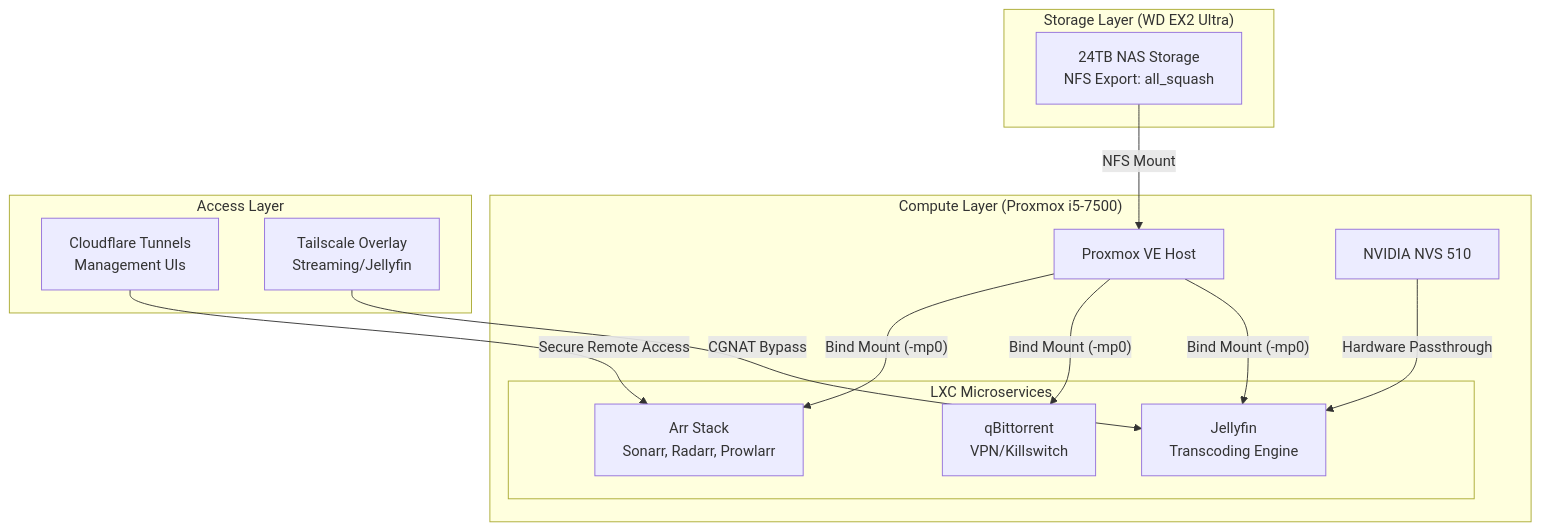
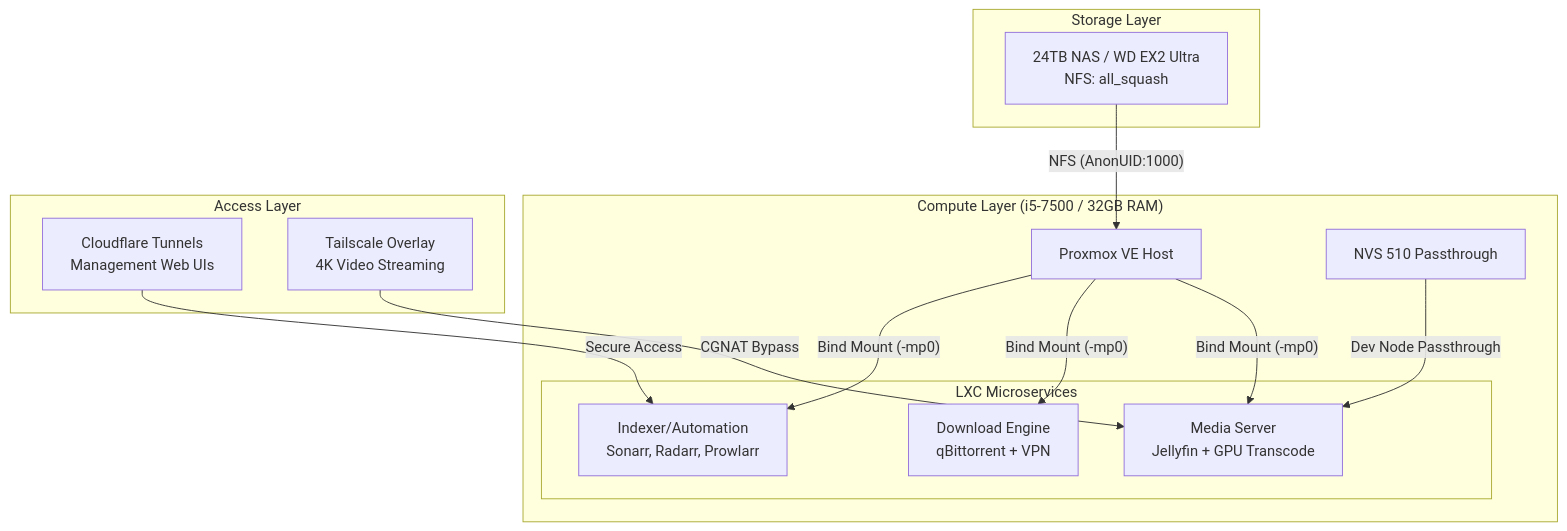
The diagram in README.md (AmmarTee/ArrSuite-Guide), drawn with Mermaid before and after one commit. The commit also changed other lines of this file, not shown here.

````diff
--- a/README.md
+++ b/README.md
@@ -26,31 +33,31 @@
 ```mermaid
 graph TD
-    subgraph "Storage Layer (WD EX2 Ultra)"
-        NAS[24TB NAS Storage<br/>NFS Export: all_squash]
+    subgraph "Storage Layer"
+        NAS[24TB NAS / WD EX2 Ultra<br/>NFS: all_squash]
     end
 
-    subgraph "Compute Layer (Proxmox i5-7500)"
+    subgraph "Compute Layer (i5-7500 / 32GB RAM)"
         PVE[Proxmox VE Host]
-        GPU[NVIDIA NVS 510]
+        GPU[NVS 510 Passthrough]
         
         subgraph "LXC Microservices"
-            Arr[Arr Stack<br/>Sonarr, Radarr, Prowlarr]
-            QBT[qBittorrent<br/>VPN/Killswitch]
-            JF[Jellyfin<br/>Transcoding Engine]
+            Arr[Indexer/Automation<br/>Sonarr, Radarr, Prowlarr]
+            QBT[Download Engine<br/>qBittorrent + VPN]
+            JF[Media Server<br/>Jellyfin + GPU Transcode]
         end
     end
 
     subgraph "Access Layer"
-        CF[Cloudflare Tunnels<br/>Management UIs]
-        TS[Tailscale Overlay<br/>Streaming/Jellyfin]
+        CF[Cloudflare Tunnels<br/>Management Web UIs]
+        TS[Tailscale Overlay<br/>4K Video Streaming]
     end
 
-    NAS -- "NFS Mount" --> PVE
+    NAS -- "NFS (AnonUID:1000)" --> PVE
     PVE -- "Bind Mount (-mp0)" --> Arr
     PVE -- "Bind Mount (-mp0)" --> QBT
     PVE -- "Bind Mount (-mp0)" --> JF
-    GPU -- "Hardware Passthrough" --> JF
+    GPU -- "Dev Node Passthrough" --> JF
     
-    CF -- "Secure Remote Access" --> Arr
+    CF -- "Secure Access" --> Arr
     TS -- "CGNAT Bypass" --> JF
 ```
````
